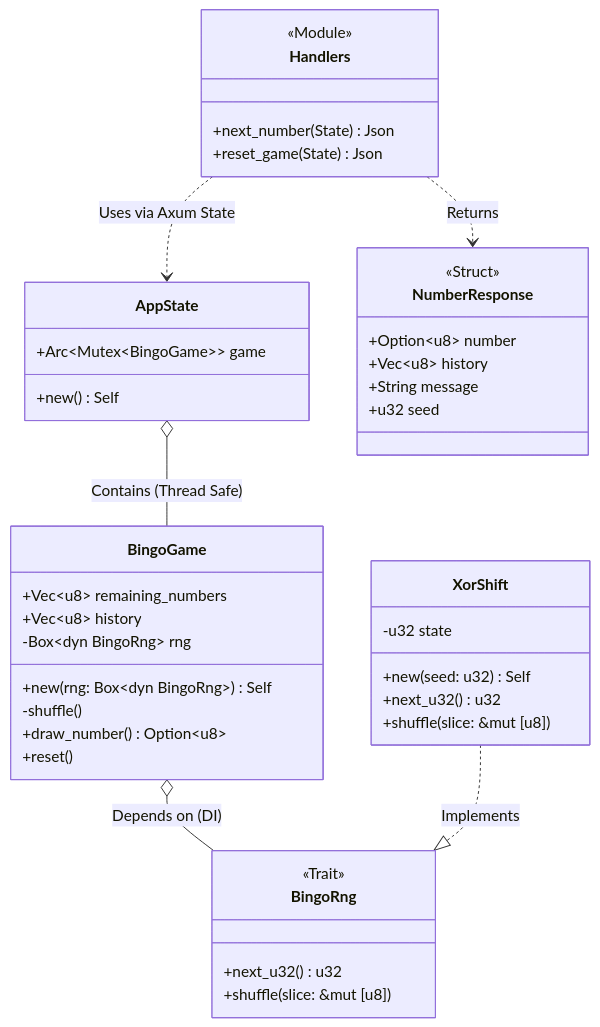
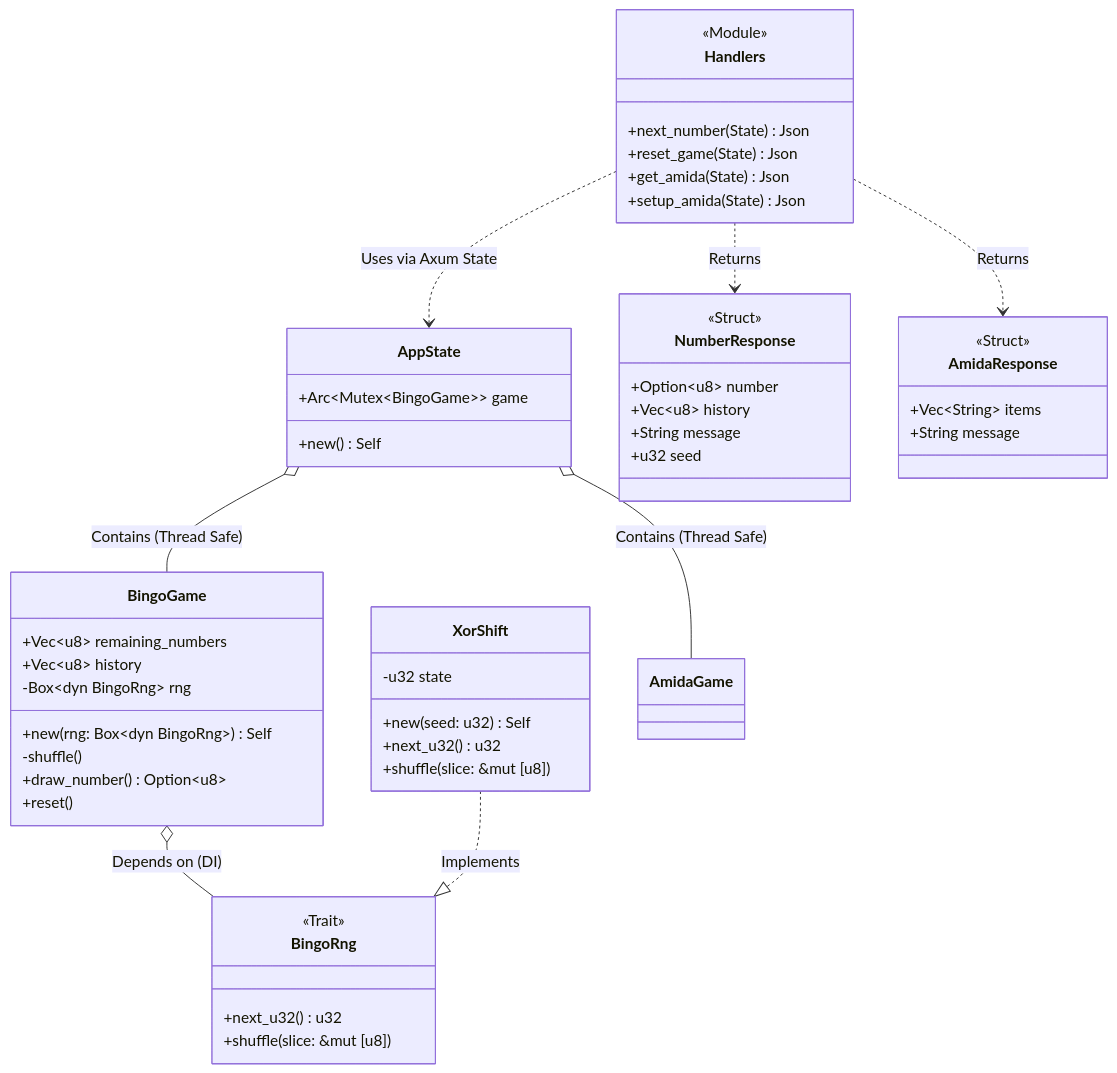
Before and after one commit to yasyasyu/bingo-server: the second of 4 diagrams in docs/ARCHITECTURE.md, drawn with Mermaid. The commit also changed other lines of this file and 6 other files, not shown here.

````diff
--- a/docs/ARCHITECTURE.md
+++ b/docs/ARCHITECTURE.md
@@ -35,52 +35,62 @@
 ```mermaid
 classDiagram
     title Backend Class Structure
 
     class AppState {
         +Arc~Mutex~BingoGame~~ game
         +new() Self
     }
 
     class BingoRng {
         <<Trait>>
         +next_u32() u32
         +shuffle(slice: &mut [u8])
     }
 
     class XorShift {
         -u32 state
         +new(seed: u32) Self
         +next_u32() u32
         +shuffle(slice: &mut [u8])
     }
 
     class BingoGame {
         +Vec~u8~ remaining_numbers
         +Vec~u8~ history
         -Box~dyn BingoRng~ rng
         +new(rng: Box~dyn BingoRng~) Self
         -shuffle()
         +draw_number() Option~u8~
         +reset()
     }
 
     class Handlers {
         <<Module>>
         +next_number(State) Json
         +reset_game(State) Json
+        +get_amida(State) Json
+        +setup_amida(State) Json
     }
     
     class NumberResponse {
         <<Struct>>
         +Option~u8~ number
         +Vec~u8~ history
         +String message
         +u32 seed
     }
 
+    class AmidaResponse {
+        <<Struct>>
+        +Vec~String~ items
+        +String message
+    }
+
     Handlers ..> AppState : Uses via Axum State
     Handlers ..> NumberResponse : Returns
+    Handlers ..> AmidaResponse : Returns
     AppState o-- BingoGame : Contains (Thread Safe)
+    AppState o-- AmidaGame : Contains (Thread Safe)
     BingoGame o-- BingoRng : Depends on (DI)
     XorShift ..|> BingoRng : Implements
 ```
````
